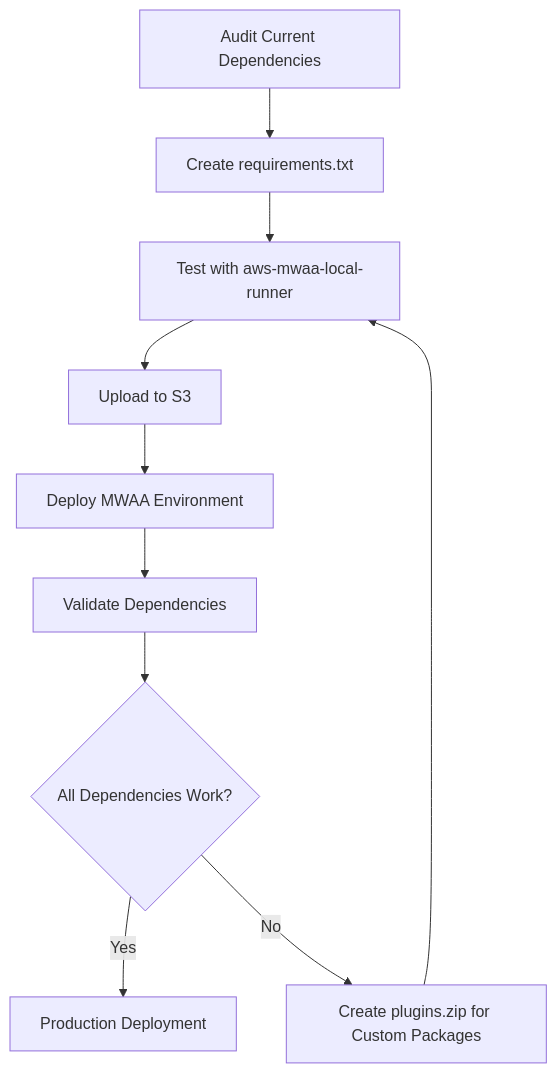
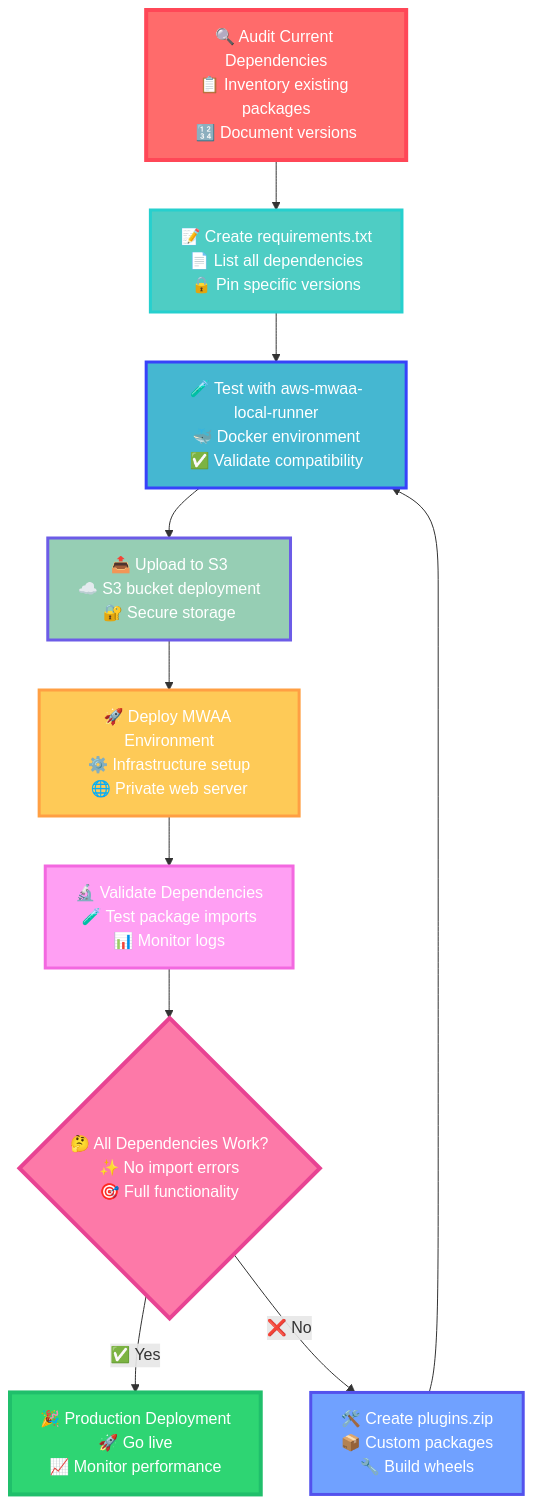
One commit to demoq-demo/mwaa changed the fifth of 12 diagrams in README.md. Above: the diagram before and after it, drawn with Mermaid. The commit also changed other lines of this file, not shown here.

````diff
--- a/README.md
+++ b/README.md
@@ -368,13 +368,24 @@
 ```mermaid
 flowchart TD
-    A[Audit Current Dependencies] --> B[Create requirements.txt]
-    B --> C[Test with aws-mwaa-local-runner]
-    C --> D[Upload to S3]
-    D --> E[Deploy MWAA Environment]
-    E --> F[Validate Dependencies]
+    A[🔍 Audit Current Dependencies<br/>📋 Inventory existing packages<br/>🔢 Document versions] --> B[📝 Create requirements.txt<br/>📄 List all dependencies<br/>🔒 Pin specific versions]
+    B --> C[🧪 Test with aws-mwaa-local-runner<br/>🐳 Docker environment<br/>✅ Validate compatibility]
+    C --> D[📤 Upload to S3<br/>☁️ S3 bucket deployment<br/>🔐 Secure storage]
+    D --> E[🚀 Deploy MWAA Environment<br/>⚙️ Infrastructure setup<br/>🌐 Private web server]
+    E --> F[🔬 Validate Dependencies<br/>🧪 Test package imports<br/>📊 Monitor logs]
     
-    F --> G{All Dependencies Work?}
-    G -->|Yes| H[Production Deployment]
-    G -->|No| I[Create plugins.zip for Custom Packages]
+    F --> G{🤔 All Dependencies Work?<br/>✨ No import errors<br/>🎯 Full functionality}
+    G -->|✅ Yes| H[🎉 Production Deployment<br/>🚀 Go live<br/>📈 Monitor performance]
+    G -->|❌ No| I[🛠️ Create plugins.zip<br/>📦 Custom packages<br/>🔧 Build wheels]
     I --> C
+    
+    %% Vibrant color styling
+    style A fill:#ff6b6b,stroke:#ff4757,stroke-width:4px,color:#fff
+    style B fill:#4ecdc4,stroke:#26d0ce,stroke-width:3px,color:#fff
+    style C fill:#45b7d1,stroke:#3742fa,stroke-width:3px,color:#fff
+    style D fill:#96ceb4,stroke:#6c5ce7,stroke-width:3px,color:#fff
+    style E fill:#feca57,stroke:#ff9f43,stroke-width:3px,color:#fff
+    style F fill:#ff9ff3,stroke:#f368e0,stroke-width:3px,color:#fff
+    style G fill:#fd79a8,stroke:#e84393,stroke-width:4px,color:#fff
+    style H fill:#2ed573,stroke:#20bf6b,stroke-width:4px,color:#fff
+    style I fill:#70a1ff,stroke:#5352ed,stroke-width:3px,color:#fff
 ```
````
